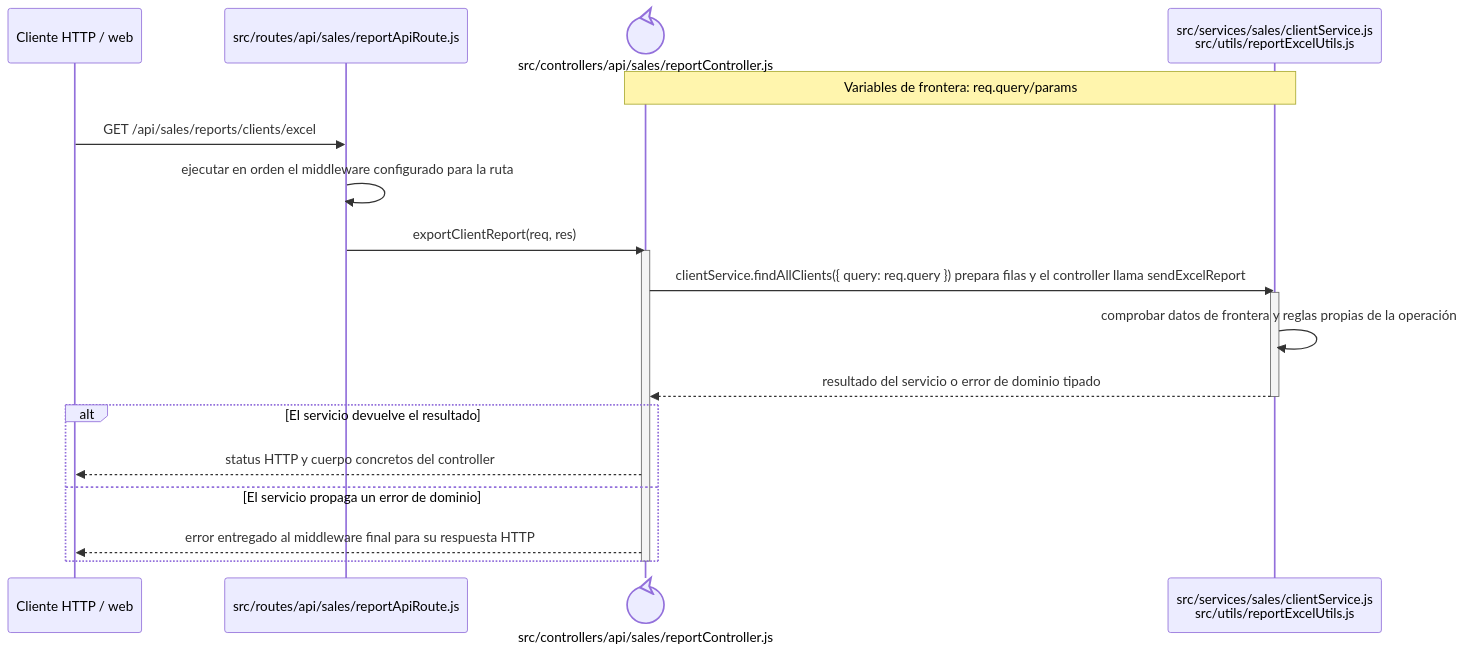
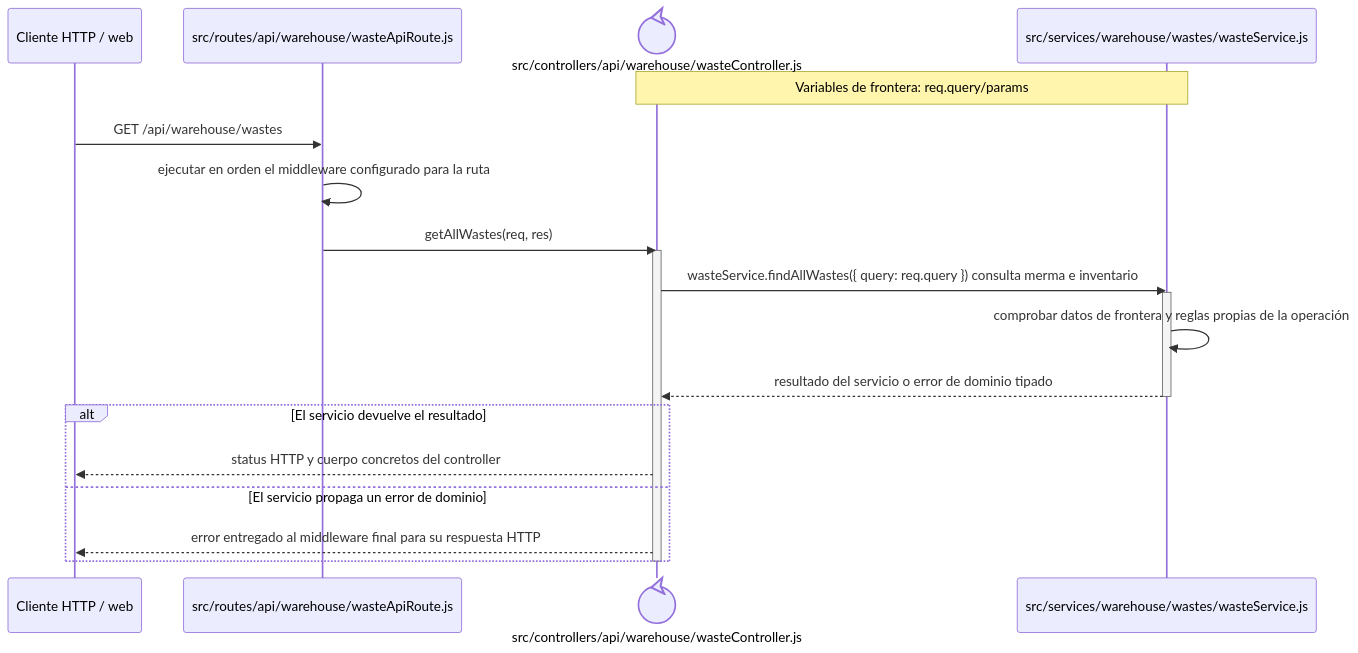
One commit to gpgsistemas01/nexus changed the diagram in docs/architecture/backend-code-sequences/catalogs/cu-cat-18.md. Above: the diagram before and after it, drawn with Mermaid. The commit also changed other lines of this file and 207 other files, not shown here.

````diff
--- a/docs/architecture/backend-code-sequences/catalogs/cu-cat-18.md
+++ b/docs/architecture/backend-code-sequences/catalogs/cu-cat-18.md
@@ -6,24 +6,24 @@
 ```mermaid
 sequenceDiagram
     participant Client as Cliente HTTP / web
-    participant Route as src/routes/api/sales/reportApiRoute.js
-    participant Controller@{ "type": "control" } as src/controllers/api/sales/reportController.js
-    participant Domain as src/services/sales/clientService.js<br/>src/utils/reportExcelUtils.js
+    participant Route as src/routes/api/warehouse/wasteApiRoute.js
+    participant Controller@{ "type": "control" } as src/controllers/api/warehouse/wasteController.js
+    participant Domain as src/services/warehouse/wastes/wasteService.js
     Note over Controller,Domain: Variables de frontera: req.query/params
 
-    Client->>Route: GET /api/sales/reports/clients/excel
+    Client->>Route: GET /api/warehouse/wastes
     Route->>Route: ejecutar en orden el middleware configurado para la ruta
-    Route->>Controller: exportClientReport(req, res)
+    Route->>Controller: getAllWastes(req, res)
     activate Controller
-    Controller->>Domain: clientService.findAllClients({ query: req.query }) prepara filas y el controller llama sendExcelReport
+    Controller->>Domain: wasteService.findAllWastes({ query: req.query }) consulta merma e inventario
     activate Domain
     Domain->>Domain: comprobar datos de frontera y reglas propias de la operación
     Domain-->>Controller: resultado del servicio o error de dominio tipado
     deactivate Domain
     alt El servicio devuelve el resultado
         Controller-->>Client: status HTTP y cuerpo concretos del controller
     else El servicio propaga un error de dominio
         Controller-->>Client: error entregado al middleware final para su respuesta HTTP
     end
     deactivate Controller
 ```
````
